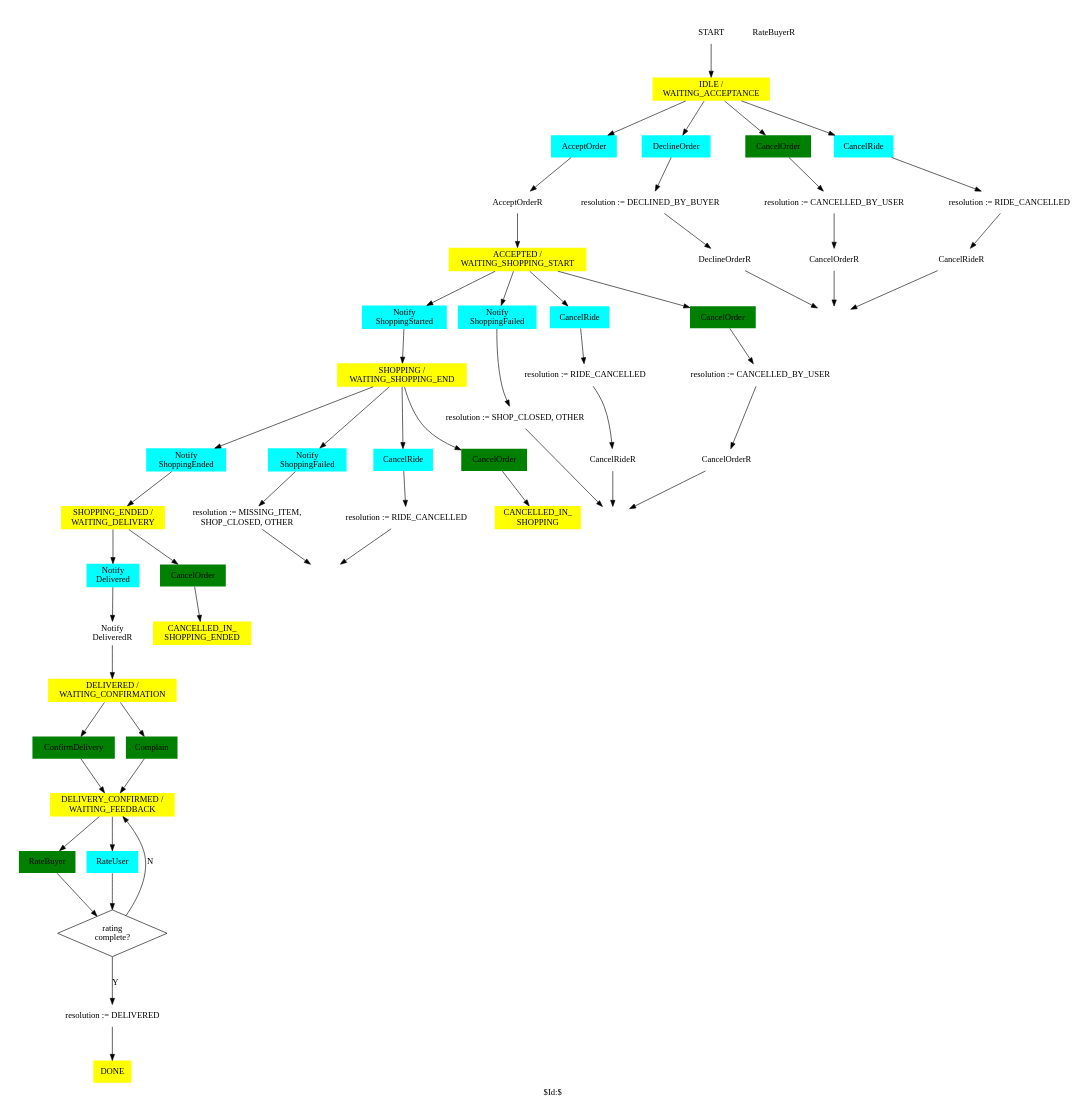
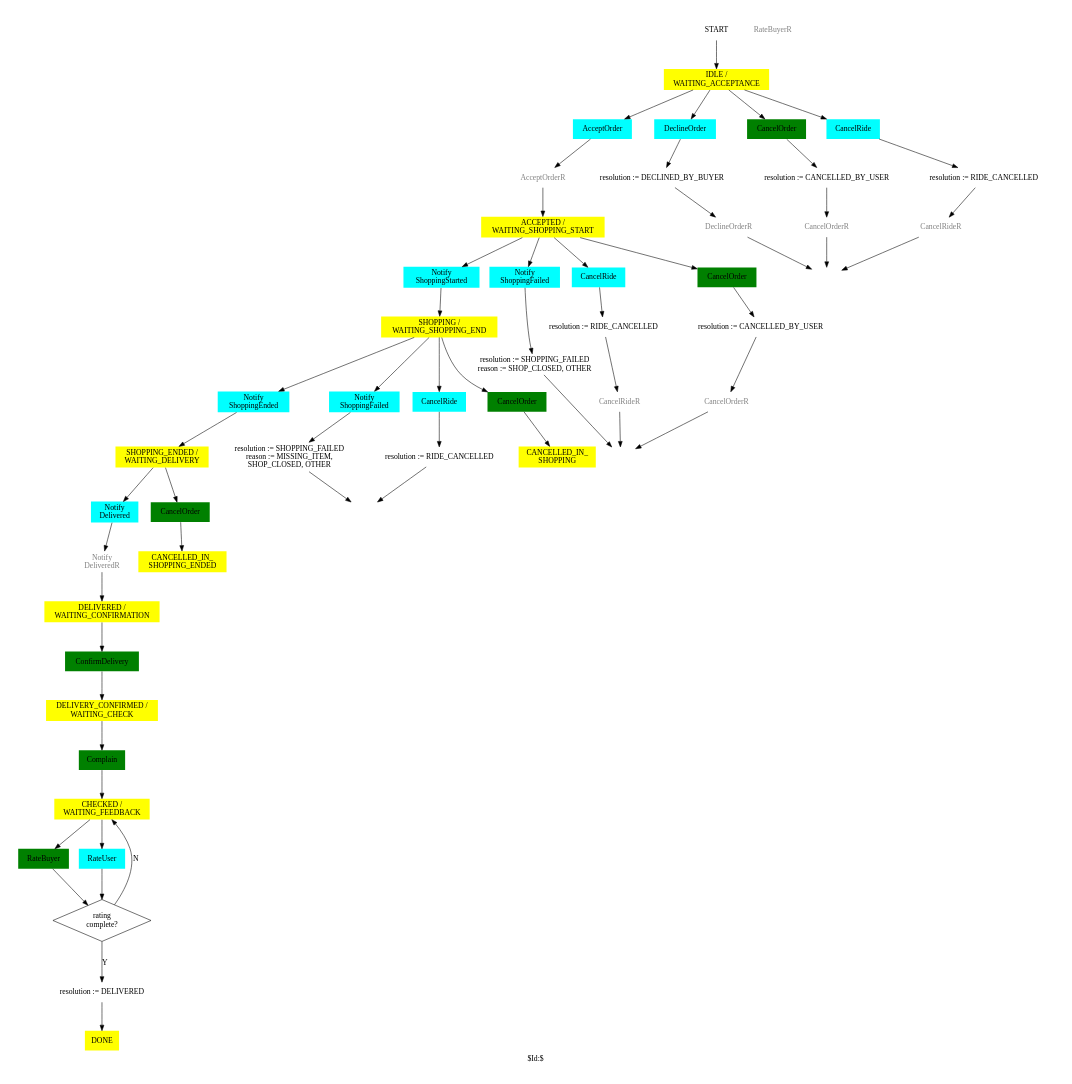
The diagram in docs/Order.gv (trodevel/lieferbay_protocol), drawn with Graphviz before and after one commit.

Commit message:
DOC: intermediate results

```diff
--- a/docs/Order.gv
+++ b/docs/Order.gv
@@ -42,7 +42,8 @@
 SHOPPING_ENDED_WAITING_DELIVERY [ label = "SHOPPING_ENDED /\nWAITING_DELIVERY"    shape = sdl_state fillcolor=yellow ]
 CANCELLED_IN_SHOPPING_ENDED     [ label = "CANCELLED_IN_\nSHOPPING_ENDED"         shape = sdl_state fillcolor=yellow ]
 DELIVERED_WAITING_CONFIRMATION  [ label = "DELIVERED /\nWAITING_CONFIRMATION"     shape = sdl_state fillcolor=yellow ]
-DELIVERY_CONFIRMED_WAITING_FEEDBACK      [ label = "DELIVERY_CONFIRMED /\nWAITING_FEEDBACK"         shape = sdl_state fillcolor=yellow ]
+DELIVERY_CONFIRMED_WAITING_CHECK [ label = "DELIVERY_CONFIRMED /\nWAITING_CHECK"   shape = sdl_state fillcolor=yellow ]
+CHECKED_WAITING_FEEDBACK        [ label = "CHECKED /\nWAITING_FEEDBACK"           shape = sdl_state fillcolor=yellow ]
 END                             [ label = ""                              shape = sdl_stop  style=solid ]
 DONE                            [ label = "DONE"                                  shape = sdl_state fillcolor=yellow ]
 
@@ -50,13 +51,13 @@
 # actions
 
 WAITING_ACCEPTANCE__ACCEPT_ORDER            [ label="AcceptOrder"                       shape = sdl_input_from_right fillcolor=cyan ]
-WAITING_ACCEPTANCE__SEND_ACCEPT_ORDER       [ label="AcceptOrderR"                      shape = sdl_output_to_right ]
+WAITING_ACCEPTANCE__SEND_ACCEPT_ORDER       [ label="AcceptOrderR"                      shape = sdl_output_to_right  color=gray fontcolor=gray ]
 WAITING_ACCEPTANCE__DECLINE_ORDER           [ label="DeclineOrder"                      shape = sdl_input_from_right fillcolor=cyan ]
-WAITING_ACCEPTANCE__SEND_DECLINE_ORDER      [ label="DeclineOrderR"                     shape = sdl_output_to_right ]
+WAITING_ACCEPTANCE__SEND_DECLINE_ORDER      [ label="DeclineOrderR"                     shape = sdl_output_to_right  color=gray fontcolor=gray ]
 WAITING_ACCEPTANCE__CANCEL_ORDER            [ label="CancelOrder"                       shape = sdl_input_from_left  fillcolor=green ]
-WAITING_ACCEPTANCE__SEND_CANCEL_ORDER       [ label="CancelOrderR"                      shape = sdl_output_to_left ]
+WAITING_ACCEPTANCE__SEND_CANCEL_ORDER       [ label="CancelOrderR"                      shape = sdl_output_to_left   color=gray fontcolor=gray ]
 WAITING_ACCEPTANCE__CANCEL_RIDE             [ label="CancelRide"                        shape = sdl_input_from_right fillcolor=cyan ]
-WAITING_ACCEPTANCE__SEND_CANCEL_RIDE        [ label="CancelRideR"                       shape = sdl_output_to_right ]
+WAITING_ACCEPTANCE__SEND_CANCEL_RIDE        [ label="CancelRideR"                       shape = sdl_output_to_right  color=gray fontcolor=gray ]
 WAITING_ACCEPTANCE__RESOL_1                 [ label="resolution := CANCELLED_BY_USER"   shape = sdl_task ]
 WAITING_ACCEPTANCE__RESOL_2                 [ label="resolution := DECLINED_BY_BUYER" shape = sdl_task ]
 WAITING_ACCEPTANCE__RESOL_3                 [ label="resolution := RIDE_CANCELLED"      shape = sdl_task ]
@@ -64,14 +65,14 @@
 ACCEPTED_WAITING_SHOPPING_START__SHOPPING_STARTED [ label="Notify\nShoppingStarted"           shape = sdl_input_from_right fillcolor=cyan ]
 ACCEPTED_WAITING_SHOPPING_START__SHOPPING_FAILED  [ label="Notify\nShoppingFailed"            shape = sdl_input_from_right fillcolor=cyan ]
 ACCEPTED_WAITING_SHOPPING_START__CANCEL_RIDE      [ label="CancelRide"                        shape = sdl_input_from_right fillcolor=cyan ]
-ACCEPTED_WAITING_SHOPPING_START__SEND_CANCEL_RIDE [ label="CancelRideR"                       shape = sdl_output_to_right ]
+ACCEPTED_WAITING_SHOPPING_START__SEND_CANCEL_RIDE [ label="CancelRideR"                       shape = sdl_output_to_right color=gray fontcolor=gray ]
 ACCEPTED_WAITING_SHOPPING_START__CANCEL_ORDER     [ label="CancelOrder"                       shape = sdl_input_from_left  fillcolor=green ]
-ACCEPTED_WAITING_SHOPPING_START__SEND_CANCEL_ORDER    [ label="CancelOrderR"                  shape = sdl_output_to_left ]
+ACCEPTED_WAITING_SHOPPING_START__SEND_CANCEL_ORDER    [ label="CancelOrderR"                  shape = sdl_output_to_left color=gray fontcolor=gray ]
 #ACCEPTED_WAITING_SHOPPING_START__CANCEL_ORDER_2   [ label="CancelOrder"                       shape = sdl_input_from_right fillcolor=cyan ]
 #ACCEPTED_WAITING_SHOPPING_START__SEND_CANCEL_ORDER_2  [ label="CancelOrderR"                  shape = sdl_output_to_right ]
 ACCEPTED_WAITING_SHOPPING_START__RESOL_1          [ label="resolution := RIDE_CANCELLED"      shape = sdl_task ]
 ACCEPTED_WAITING_SHOPPING_START__RESOL_2          [ label="resolution := CANCELLED_BY_USER"   shape = sdl_task ]
-ACCEPTED_WAITING_SHOPPING_START__RESOL_3          [ label="resolution := SHOP_CLOSED, OTHER"     shape = sdl_task ]
+ACCEPTED_WAITING_SHOPPING_START__RESOL_3          [ label="resolution := SHOPPING_FAILED\nreason := SHOP_CLOSED, OTHER"     shape = sdl_task ]
 ACCEPTED_WAITING_SHOPPING_START__END              [ label = ""                                shape = sdl_stop  style=solid ]
 
 
@@ -80,21 +81,21 @@
 SHOPPING_WAITING_SHOPPING_END__CANCEL_RIDE        [ label="CancelRide"                        shape = sdl_input_from_right fillcolor=cyan ]
 SHOPPING_WAITING_SHOPPING_END__CANCEL_ORDER       [ label="CancelOrder"                       shape = sdl_input_from_left  fillcolor=green ]
 SHOPPING_WAITING_SHOPPING_END__RESOL_1            [ label="resolution := RIDE_CANCELLED"      shape = sdl_task ]
-SHOPPING_WAITING_SHOPPING_END__RESOL_3            [ label="resolution := MISSING_ITEM,\nSHOP_CLOSED, OTHER"     shape = sdl_task ]
+SHOPPING_WAITING_SHOPPING_END__RESOL_3            [ label="resolution := SHOPPING_FAILED\nreason := MISSING_ITEM,\nSHOP_CLOSED, OTHER"     shape = sdl_task ]
 SHOPPING_WAITING_SHOPPING_END__END                [ label = ""                                shape = sdl_stop  style=solid ]
 
 SHOPPING_ENDED_WAITING_DELIVERY__DELIVERED        [ label="Notify\nDelivered"                 shape = sdl_input_from_right fillcolor=cyan ]
 SHOPPING_ENDED_WAITING_DELIVERY__CANCEL_ORDER     [ label="CancelOrder"                       shape = sdl_input_from_left  fillcolor=green ]
-SHOPPING_ENDED_WAITING_DELIVERY__SEND_DELIVERED   [ label="Notify\nDeliveredR"                shape = sdl_output_to_right ]
+SHOPPING_ENDED_WAITING_DELIVERY__SEND_DELIVERED   [ label="Notify\nDeliveredR"                shape = sdl_output_to_right  color=gray fontcolor=gray ]
 
 DELIVERED_WAITING_CONFIRMATION__CONFIRM           [ label="ConfirmDelivery"                   shape = sdl_input_from_left  fillcolor=green ]
-DELIVERED_WAITING_CONFIRMATION__COMPLAIN          [ label="Complain"                          shape = sdl_input_from_left  fillcolor=green ]
 
-DELIVERY_CONFIRMED_WAITING_FEEDBACK__RATE_BUYER    [ label="RateBuyer"                        shape = sdl_input_from_left  fillcolor=green ]
-DELIVERY_CONFIRMED_WAITING_FEEDBACK__SEND_RATE_BUYER    [ label="RateBuyerR"                  shape = sdl_output_to_left ]
-DELIVERY_CONFIRMED_WAITING_FEEDBACK__RATE_USER     [ label="RateUser"                         shape = sdl_input_from_right fillcolor=cyan ]
-DELIVERY_CONFIRMED_WAITING_FEEDBACK__RATING_COMPLETE [ label="rating\ncomplete?"              shape = diamond peripheries=1]
-DELIVERY_CONFIRMED_WAITING_FEEDBACK__RESOL_1         [ label="resolution := DELIVERED"        shape = sdl_task ]
+CHECKED_WAITING_FEEDBACK__COMPLAIN          [ label="Complain"                          shape = sdl_input_from_left  fillcolor=green ]
+CHECKED_WAITING_FEEDBACK__RATE_BUYER    [ label="RateBuyer"                        shape = sdl_input_from_left  fillcolor=green ]
+CHECKED_WAITING_FEEDBACK__SEND_RATE_BUYER    [ label="RateBuyerR"                  shape = sdl_output_to_left   color=gray fontcolor=gray ]
+CHECKED_WAITING_FEEDBACK__RATE_USER     [ label="RateUser"                         shape = sdl_input_from_right fillcolor=cyan ]
+CHECKED_WAITING_FEEDBACK__RATING_COMPLETE [ label="rating\ncomplete?"              shape = diamond peripheries=1]
+CHECKED_WAITING_FEEDBACK__RESOL_1         [ label="resolution := DELIVERED"        shape = sdl_task ]
 
 ######################################################
 # transitions
@@ -120,13 +121,14 @@
 SHOPPING_ENDED_WAITING_DELIVERY -> SHOPPING_ENDED_WAITING_DELIVERY__DELIVERED      -> SHOPPING_ENDED_WAITING_DELIVERY__SEND_DELIVERED -> DELIVERED_WAITING_CONFIRMATION
 SHOPPING_ENDED_WAITING_DELIVERY -> SHOPPING_ENDED_WAITING_DELIVERY__CANCEL_ORDER   -> CANCELLED_IN_SHOPPING_ENDED
 
-DELIVERED_WAITING_CONFIRMATION -> DELIVERED_WAITING_CONFIRMATION__CONFIRM  -> DELIVERY_CONFIRMED_WAITING_FEEDBACK
-DELIVERED_WAITING_CONFIRMATION -> DELIVERED_WAITING_CONFIRMATION__COMPLAIN -> DELIVERY_CONFIRMED_WAITING_FEEDBACK
+DELIVERED_WAITING_CONFIRMATION -> DELIVERED_WAITING_CONFIRMATION__CONFIRM  -> DELIVERY_CONFIRMED_WAITING_CHECK
 
-DELIVERY_CONFIRMED_WAITING_FEEDBACK -> DELIVERY_CONFIRMED_WAITING_FEEDBACK__RATE_BUYER -> DELIVERY_CONFIRMED_WAITING_FEEDBACK__RATING_COMPLETE
-DELIVERY_CONFIRMED_WAITING_FEEDBACK -> DELIVERY_CONFIRMED_WAITING_FEEDBACK__RATE_USER  -> DELIVERY_CONFIRMED_WAITING_FEEDBACK__RATING_COMPLETE
-                                                                                          DELIVERY_CONFIRMED_WAITING_FEEDBACK__RATING_COMPLETE -> DELIVERY_CONFIRMED_WAITING_FEEDBACK__RESOL_1 [ label="Y" ]
-                                                                                                                                                  DELIVERY_CONFIRMED_WAITING_FEEDBACK__RESOL_1 -> DONE
-                                                                                          DELIVERY_CONFIRMED_WAITING_FEEDBACK__RATING_COMPLETE -> DELIVERY_CONFIRMED_WAITING_FEEDBACK          [ label="N" ]
+DELIVERY_CONFIRMED_WAITING_CHECK -> CHECKED_WAITING_FEEDBACK__COMPLAIN -> CHECKED_WAITING_FEEDBACK
+
+CHECKED_WAITING_FEEDBACK -> CHECKED_WAITING_FEEDBACK__RATE_BUYER -> CHECKED_WAITING_FEEDBACK__RATING_COMPLETE
+CHECKED_WAITING_FEEDBACK -> CHECKED_WAITING_FEEDBACK__RATE_USER  -> CHECKED_WAITING_FEEDBACK__RATING_COMPLETE
+                                                                                          CHECKED_WAITING_FEEDBACK__RATING_COMPLETE -> CHECKED_WAITING_FEEDBACK__RESOL_1 [ label="Y" ]
+                                                                                                                                                  CHECKED_WAITING_FEEDBACK__RESOL_1 -> DONE
+                                                                                          CHECKED_WAITING_FEEDBACK__RATING_COMPLETE -> CHECKED_WAITING_FEEDBACK          [ label="N" ]
 
 }
```
